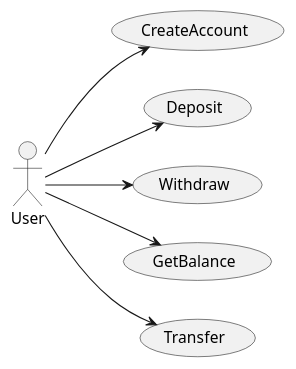
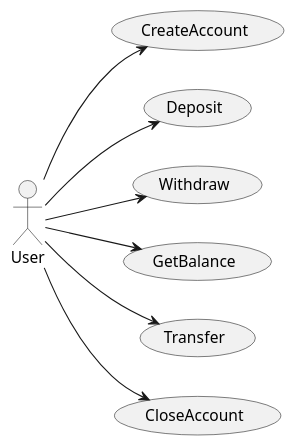
Before and after one commit to fraylopez/bank-go: the first of 2 diagrams in README.md, drawn with PlantUML. The commit also changed other lines of this file, not shown here.

````diff
--- a/README.md
+++ b/README.md
@@ -11,22 +11,24 @@
 ```plantuml
 @startuml
 
 left to right direction
 
 actor User
 
 usecase CreateAccount
 usecase Deposit
 usecase Withdraw
 usecase GetBalance
 usecase Transfer
+usecase CloseAccount
 
 User --> CreateAccount
 User --> Deposit
 User --> Withdraw
 User --> GetBalance
 User --> Transfer
+User --> CloseAccount
 
 @enduml
 
 ```
````
